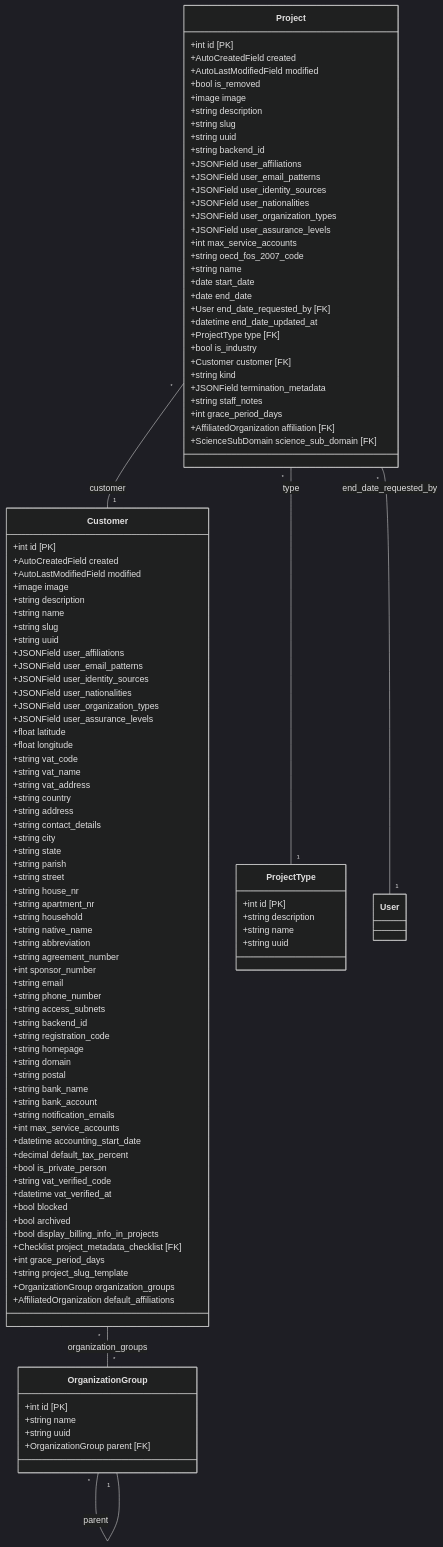
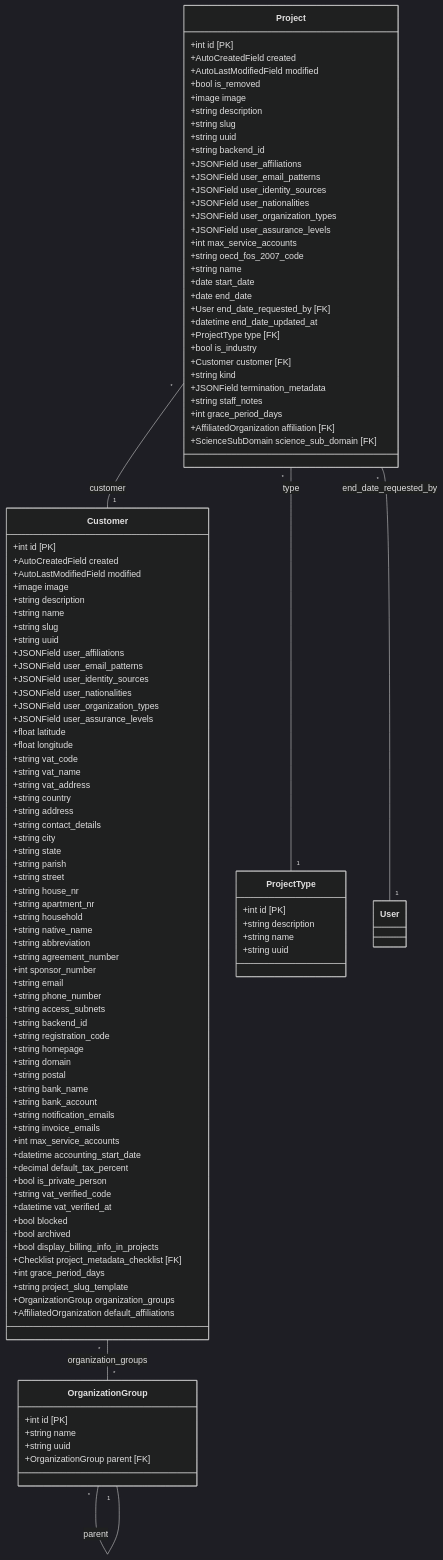
The diagram in docs/developer-guide/core_structure.mmd (waldur/waldur-docs), drawn with Mermaid (dark theme) before and after one commit. The commit also changed 43 other files, not shown here.

```diff
--- a/docs/developer-guide/core_structure.mmd
+++ b/docs/developer-guide/core_structure.mmd
@@ -1,112 +1,113 @@
 classDiagram
     direction TB
     class OrganizationGroup {
         +int id [PK]
         +string name
         +string uuid
         +OrganizationGroup parent [FK]
     }
     class Customer {
         +int id [PK]
         +AutoCreatedField created
         +AutoLastModifiedField modified
         +image image
         +string description
         +string name
         +string slug
         +string uuid
         +JSONField user_affiliations
         +JSONField user_email_patterns
         +JSONField user_identity_sources
         +JSONField user_nationalities
         +JSONField user_organization_types
         +JSONField user_assurance_levels
         +float latitude
         +float longitude
         +string vat_code
         +string vat_name
         +string vat_address
         +string country
         +string address
         +string contact_details
         +string city
         +string state
         +string parish
         +string street
         +string house_nr
         +string apartment_nr
         +string household
         +string native_name
         +string abbreviation
         +string agreement_number
         +int sponsor_number
         +string email
         +string phone_number
         +string access_subnets
         +string backend_id
         +string registration_code
         +string homepage
         +string domain
         +string postal
         +string bank_name
         +string bank_account
         +string notification_emails
+        +string invoice_emails
         +int max_service_accounts
         +datetime accounting_start_date
         +decimal default_tax_percent
         +bool is_private_person
         +string vat_verified_code
         +datetime vat_verified_at
         +bool blocked
         +bool archived
         +bool display_billing_info_in_projects
         +Checklist project_metadata_checklist [FK]
         +int grace_period_days
         +string project_slug_template
         +OrganizationGroup organization_groups
         +AffiliatedOrganization default_affiliations
     }
     class ProjectType {
         +int id [PK]
         +string description
         +string name
         +string uuid
     }
     class Project {
         +int id [PK]
         +AutoCreatedField created
         +AutoLastModifiedField modified
         +bool is_removed
         +image image
         +string description
         +string slug
         +string uuid
         +string backend_id
         +JSONField user_affiliations
         +JSONField user_email_patterns
         +JSONField user_identity_sources
         +JSONField user_nationalities
         +JSONField user_organization_types
         +JSONField user_assurance_levels
         +int max_service_accounts
         +string oecd_fos_2007_code
         +string name
         +date start_date
         +date end_date
         +User end_date_requested_by [FK]
         +datetime end_date_updated_at
         +ProjectType type [FK]
         +bool is_industry
         +Customer customer [FK]
         +string kind
         +JSONField termination_metadata
         +string staff_notes
         +int grace_period_days
         +AffiliatedOrganization affiliation [FK]
         +ScienceSubDomain science_sub_domain [FK]
     }
     Customer "*" -- "*" OrganizationGroup : organization_groups
     OrganizationGroup "*" -- "1" OrganizationGroup : parent
     Project "*" -- "1" Customer : customer
     Project "*" -- "1" ProjectType : type
     Project "*" -- "1" User : end_date_requested_by
```
